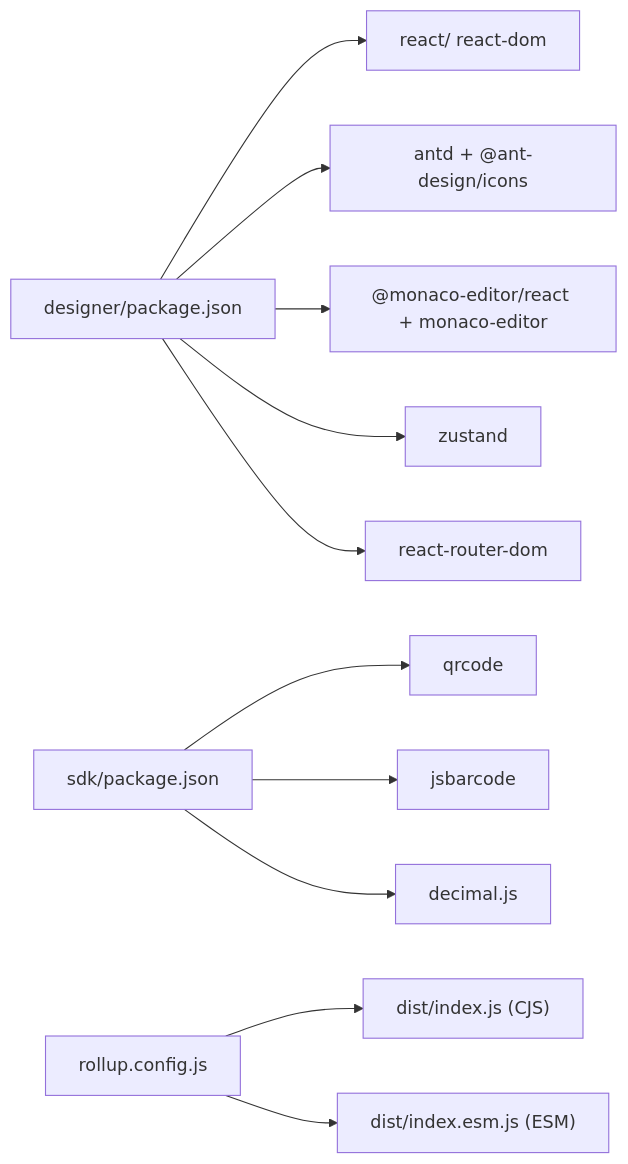
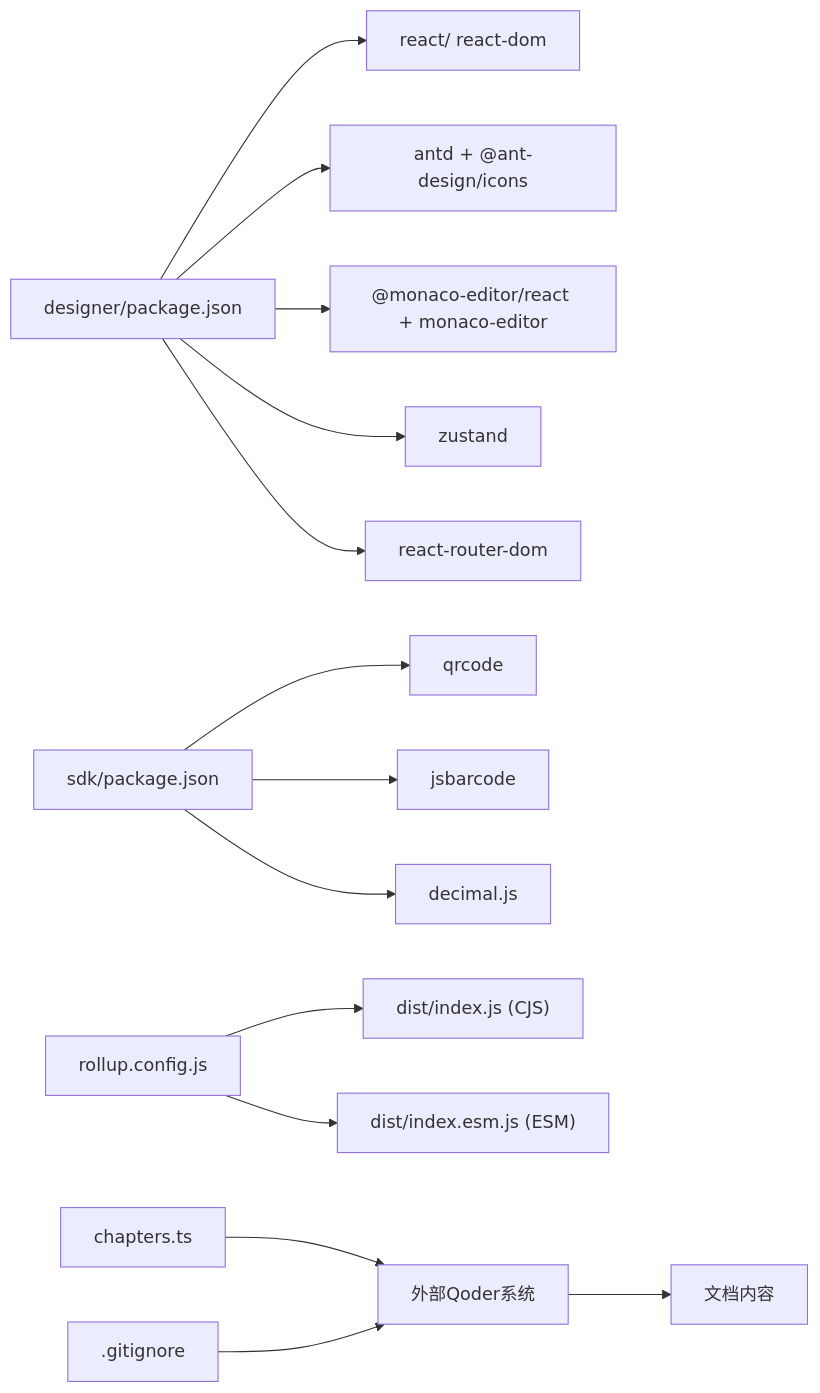
Before and after one commit to joker-yjc/printer: the eighth of 8 diagrams in .qoder/repowiki/zh/content/项目概述/技术栈.md, drawn with Mermaid. The commit also changed other lines of this file and 4 other files, not shown here.

````diff
--- a/.qoder/repowiki/zh/content/项目概述/技术栈.md
+++ b/.qoder/repowiki/zh/content/项目概述/技术栈.md
@@ -299,13 +378,16 @@
 ```mermaid
 graph LR
 D_PKG["designer/package.json"] --> D_REACT["react/ react-dom"]
 D_PKG --> D_ANTD["antd + @ant-design/icons"]
 D_PKG --> D_MONACO["@monaco-editor/react + monaco-editor"]
 D_PKG --> D_ZUSTAND["zustand"]
 D_PKG --> D_ROUTER["react-router-dom"]
 S_PKG["sdk/package.json"] --> S_QR["qrcode"]
 S_PKG --> S_BAR["jsbarcode"]
 S_PKG --> S_DEC["decimal.js"]
 S_ROLLUP["rollup.config.js"] --> OUT_CJS["dist/index.js (CJS)"]
 S_ROLLUP --> OUT_ESM["dist/index.esm.js (ESM)"]
+QODER["外部Qoder系统"] --> DOC_CONTENT["文档内容"]
+CHAPTERS["chapters.ts"] --> QODER
+GITIGNORE[".gitignore"] --> QODER
 ```
````
